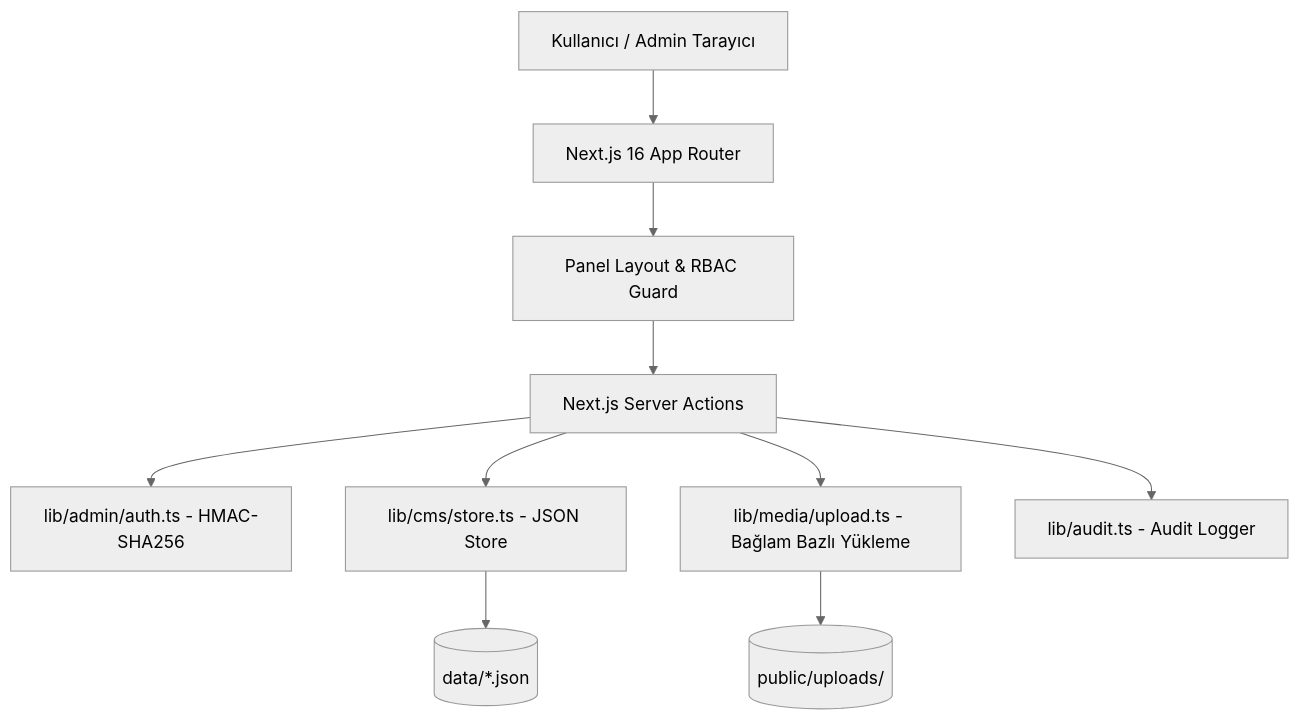
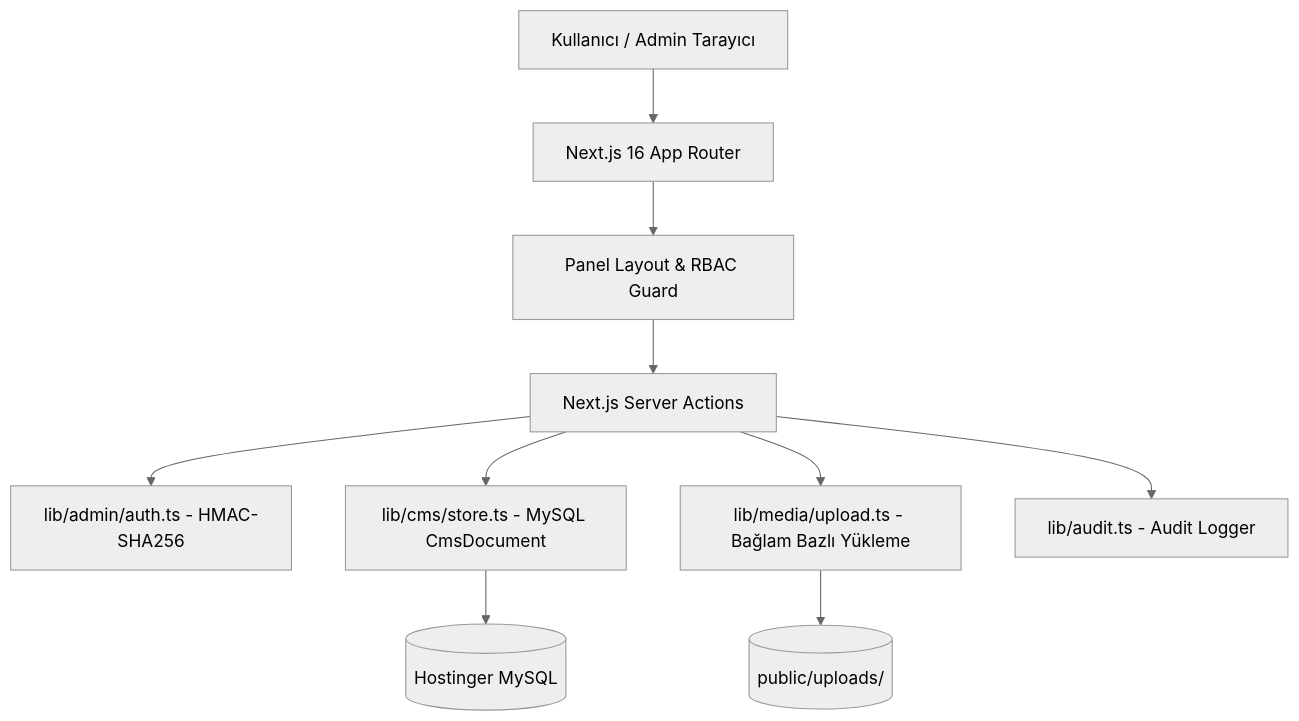
One commit to aorkuneren/aden-cms changed the diagram in docs/ARCHITECTURE.md. Above: the diagram before and after it, drawn with Mermaid (neutral theme). The commit also changed other lines of this file and 18 other files, not shown here.

````diff
--- a/docs/ARCHITECTURE.md
+++ b/docs/ARCHITECTURE.md
@@ -7,12 +7,12 @@
 ```mermaid
 graph TD
     User[Kullanıcı / Admin Tarayıcı] --> AppRouter[Next.js 16 App Router]
     AppRouter --> Layout[Panel Layout & RBAC Guard]
     Layout --> ServerActions[Next.js Server Actions]
     ServerActions --> Auth[lib/admin/auth.ts - HMAC-SHA256]
-    ServerActions --> Store[lib/cms/store.ts - JSON Store]
+    ServerActions --> Store[lib/cms/store.ts - MySQL CmsDocument]
     ServerActions --> Media[lib/media/upload.ts - Bağlam Bazlı Yükleme]
     ServerActions --> Audit[lib/audit.ts - Audit Logger]
-    Store --> DataFiles[(data/*.json)]
+    Store --> MySQL[(Hostinger MySQL)]
     Media --> PublicUploads[(public/uploads/)]
 ```
````
